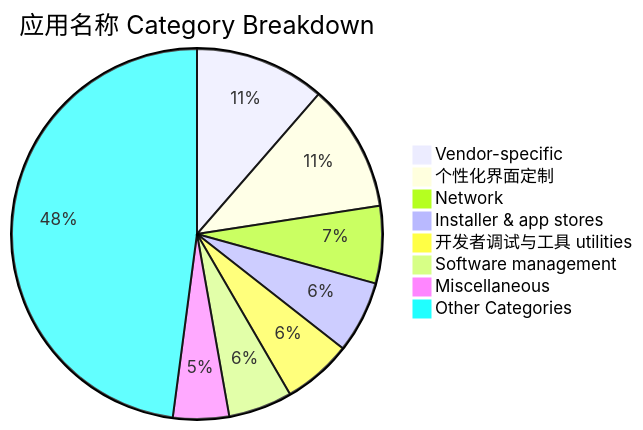
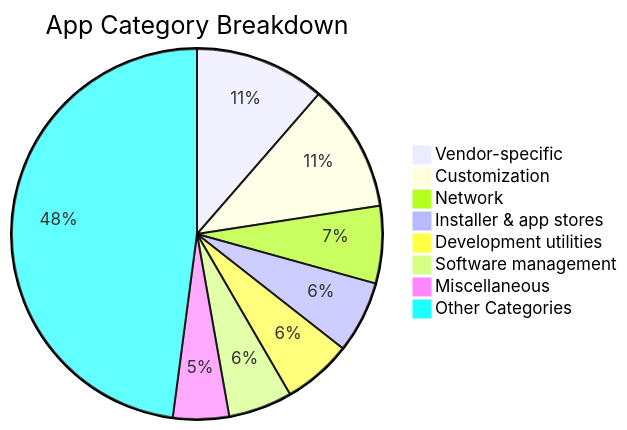
The diagram in README.zh-CN.md (2303630100089-lang/shizuku-apps-root-alternative), drawn with Mermaid before and after one commit. The commit also changed other lines of this file and 7 other files, not shown here.

````diff
--- a/README.zh-CN.md
+++ b/README.zh-CN.md
@@ -306,11 +306,11 @@
 ```mermaid
-pie title 应用名称 Category Breakdown
+pie title App Category Breakdown
     "Vendor-specific" : 49
-    "个性化界面定制" : 48
+    "Customization" : 48
     "Network" : 29
     "Installer & app stores" : 27
-    "开发者调试与工具 utilities" : 26
+    "Development utilities" : 26
     "Software management" : 24
     "Miscellaneous" : 21
     "Other Categories" : 206
 ```
````
